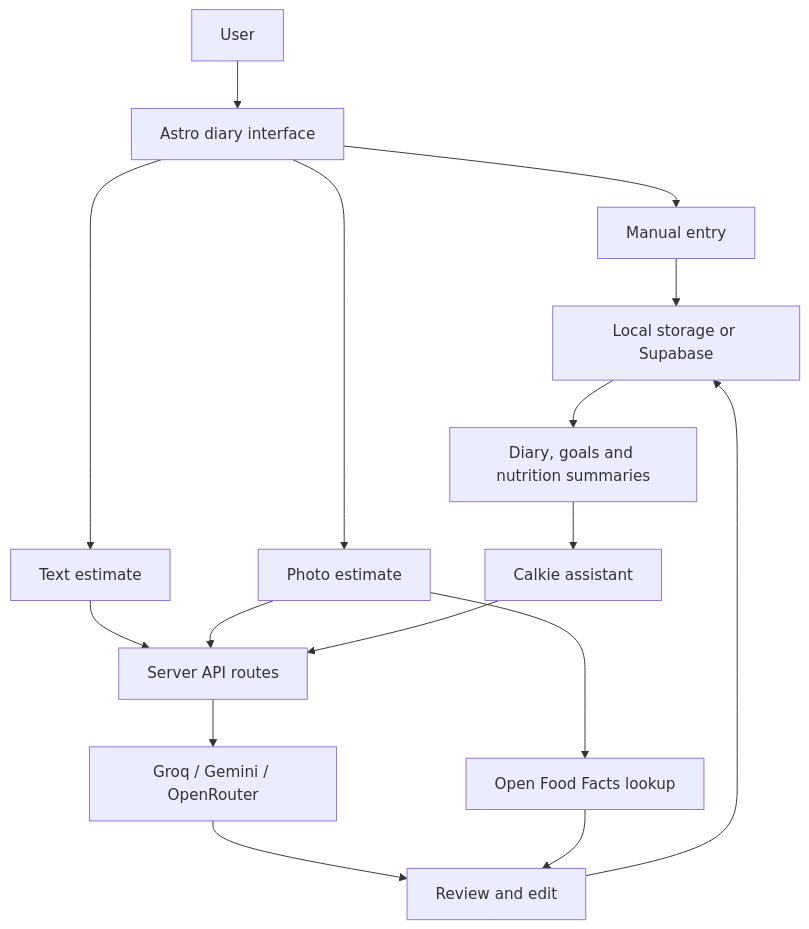
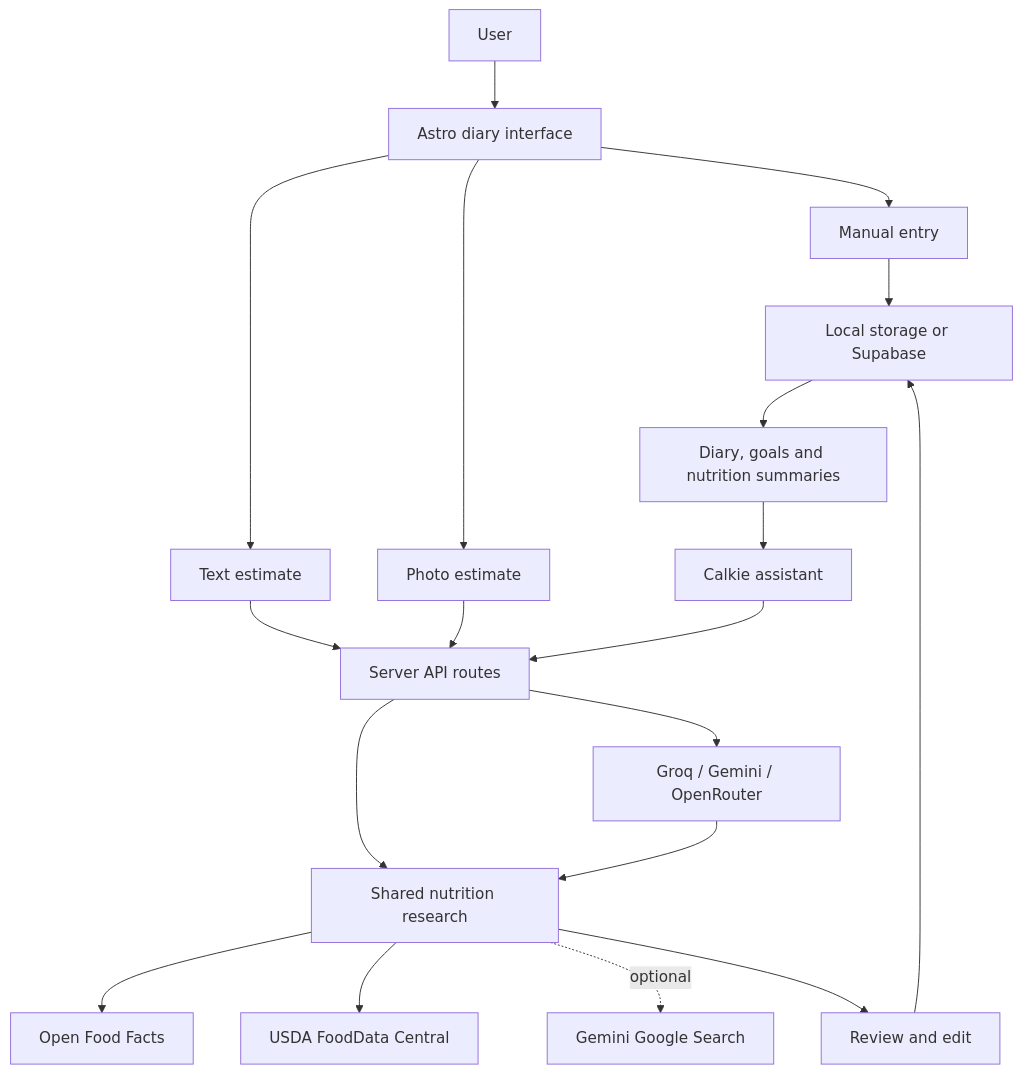
The diagram in README.md (AravindSAsok/tracKcake), drawn with Mermaid before and after one commit. The commit also changed other lines of this file and 6 other files, not shown here.

Commit message:
Add researched nutrition lookup for food estimates

```diff
--- a/README.md
+++ b/README.md
@@ -57,18 +58,21 @@
 ~~~mermaid
 flowchart TD
   U[User] --> UI[Astro diary interface]
   UI --> M[Manual entry]
   UI --> T[Text estimate]
   UI --> P[Photo estimate]
   T --> API[Server API routes]
   P --> API
   API --> AI[Groq / Gemini / OpenRouter]
-  P --> OFF[Open Food Facts lookup]
-  AI --> R[Review and edit]
-  OFF --> R
+  API --> N[Shared nutrition research]
+  N --> OFF[Open Food Facts]
+  N --> USDA[USDA FoodData Central]
+  N -. optional .-> WEB[Gemini Google Search]
+  AI --> N
+  N --> R[Review and edit]
   M --> DB[Local storage or Supabase]
   R --> DB
   DB --> D[Diary, goals and nutrition summaries]
   D --> C[Calkie assistant]
   C --> API
 ~~~
```
